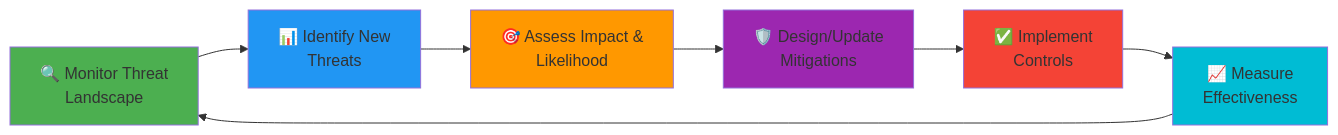
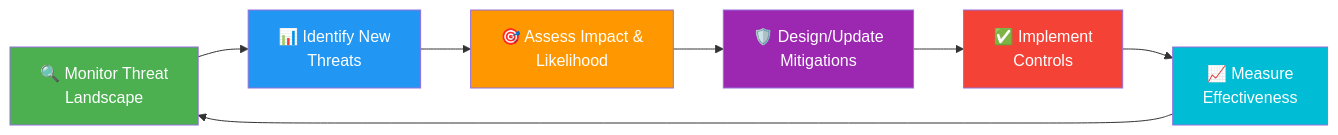
Before and after one commit to Hack23/European-Parliament-MCP-Server: diagram 12 of 21 in THREAT_MODEL.md, drawn with Mermaid. The commit also changed other lines of this file and 28 other files, not shown here.

First line of the commit message:
fix: correct 5 broken mermaid diagrams and add explicit text colors for dark/light mode

````diff
--- a/THREAT_MODEL.md
+++ b/THREAT_MODEL.md
@@ -1100,16 +1139,22 @@
 ```mermaid
 graph LR
     A[🔍 Monitor Threat<br/>Landscape] --> B[📊 Identify New<br/>Threats]
     B --> C[🎯 Assess Impact &<br/>Likelihood]
     C --> D[🛡️ Design/Update<br/>Mitigations]
     D --> E[✅ Implement<br/>Controls]
     E --> F[📈 Measure<br/>Effectiveness]
     F --> A
     
-    style A fill:#4CAF50
-    style B fill:#2196F3
-    style C fill:#FF9800
-    style D fill:#9C27B0
-    style E fill:#F44336
-    style F fill:#00BCD4
+    style A fill:#4CAF50,color:#ffffff
+
+    style B fill:#2196F3,color:#ffffff
+
+    style C fill:#FF9800,color:#ffffff
+
+    style D fill:#9C27B0,color:#ffffff
+
+    style E fill:#F44336,color:#ffffff
+
+    style F fill:#00BCD4,color:#ffffff
+
 ```
````
